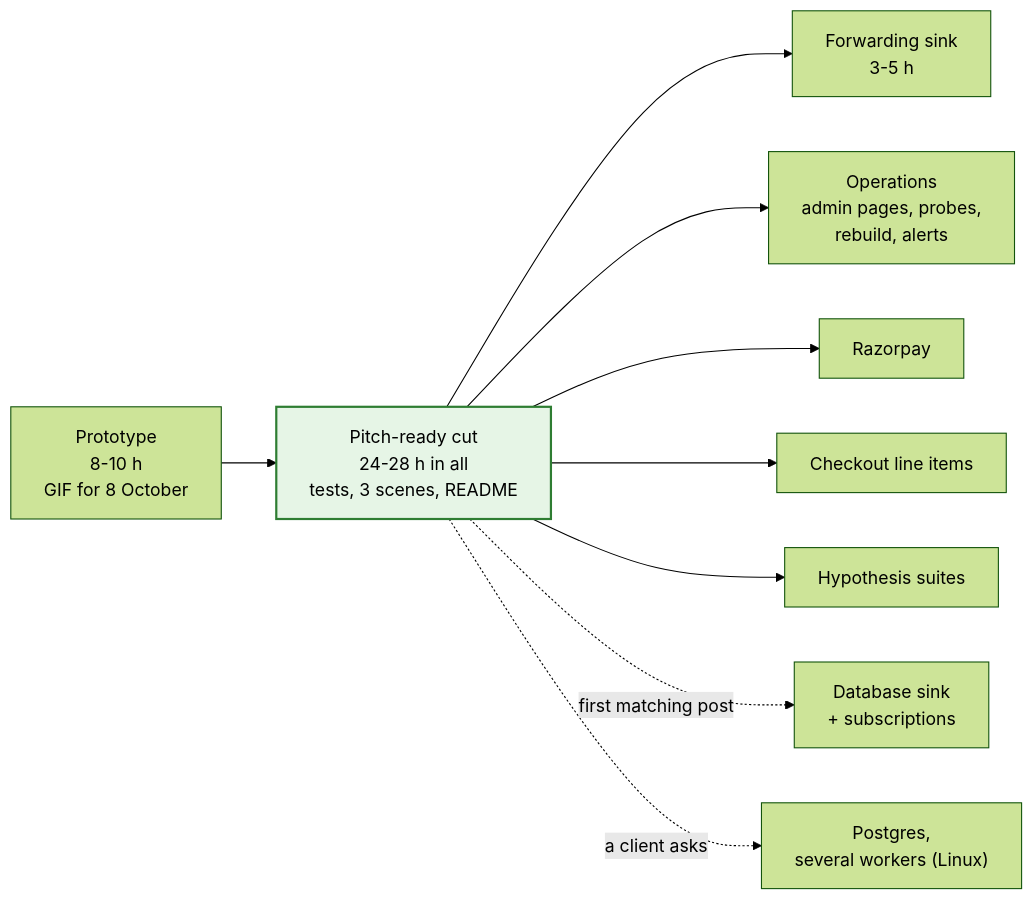
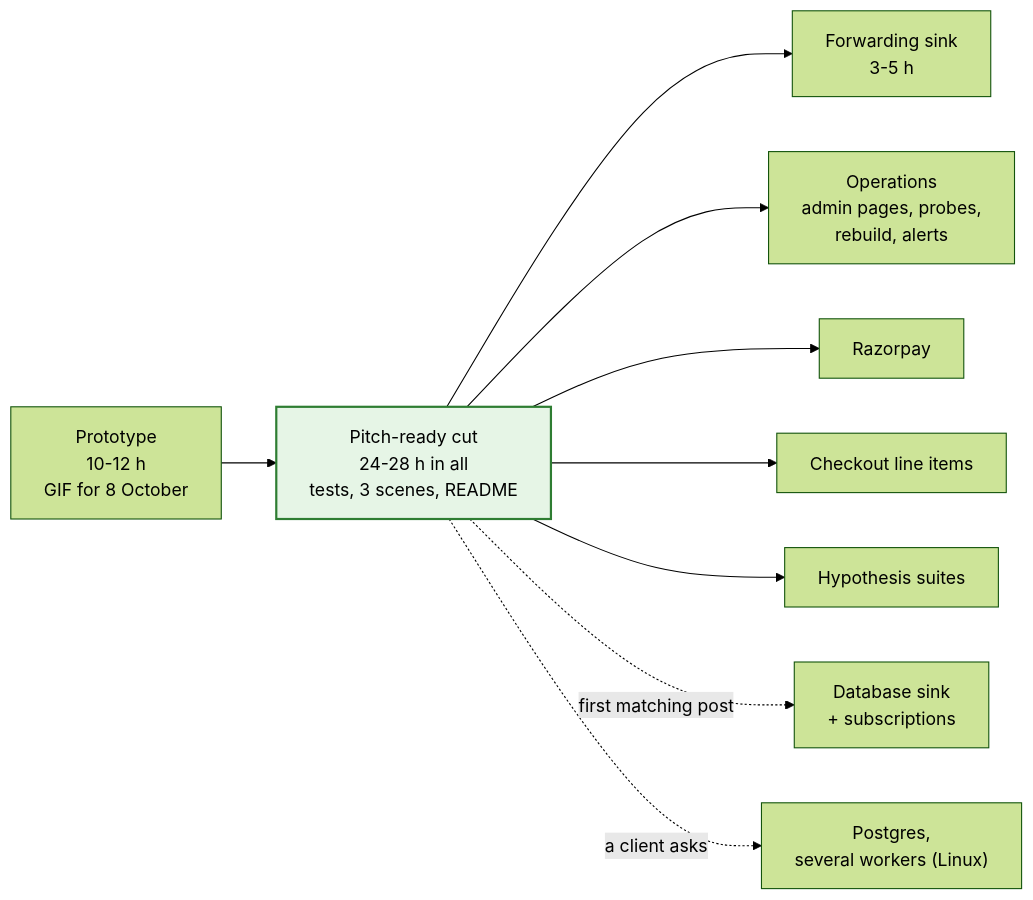
Before and after one commit to lalitkarthik/webhook-sync: the diagram in docs/design/build-order.md, drawn with Mermaid (forest theme). The commit also changed other lines of this file and 17 other files, not shown here.

````diff
--- a/docs/design/build-order.md
+++ b/docs/design/build-order.md
@@ -11,13 +11,13 @@
 ```mermaid
 flowchart LR
-  P["Prototype<br/>8-10 h<br/>GIF for 8 October"] --> C["Pitch-ready cut<br/>24-28 h in all<br/>tests, 3 scenes, README"]
+  P["Prototype<br/>10-12 h<br/>GIF for 8 October"] --> C["Pitch-ready cut<br/>24-28 h in all<br/>tests, 3 scenes, README"]
   C --> F["Forwarding sink<br/>3-5 h"]
   C --> OPS["Operations<br/>admin pages, probes,<br/>rebuild, alerts"]
   C --> RZ["Razorpay"]
   C --> CK["Checkout line items"]
   C --> HY["Hypothesis suites"]
   C -. "first matching post" .-> DS["Database sink<br/>+ subscriptions"]
   C -. "a client asks" .-> PG["Postgres,<br/>several workers (Linux)"]
   classDef ready fill:#e6f5e6,stroke:#2e7d32,stroke-width:2px
   class C ready
 ```
````
